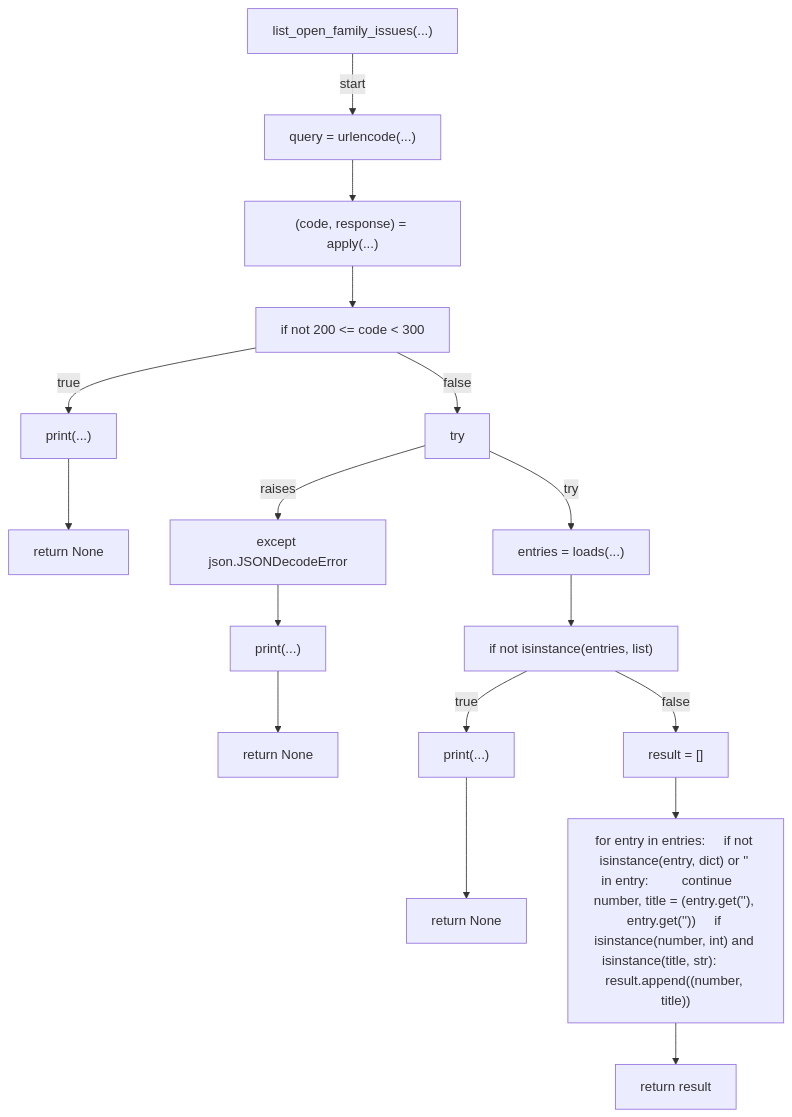
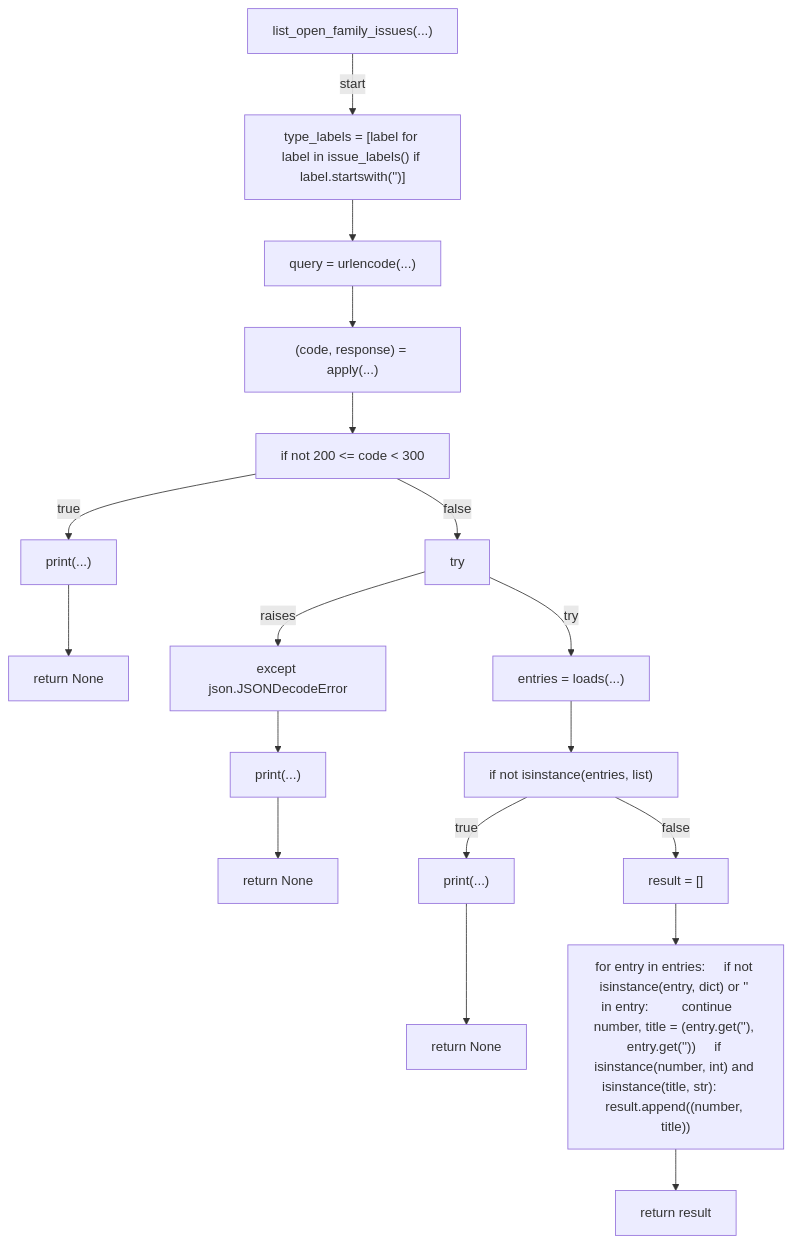
The fourth of 9 diagrams in docs/generated/scripts/ast/_security_drift_issues.md (tvna/claude-md), drawn with Mermaid before and after one commit. The commit also changed other lines of this file and 18 other files, not shown here.

First line of the commit message:
docs(generated): regenerate decision tree and workflow diagrams

````diff
--- a/docs/generated/scripts/ast/_security_drift_issues.md
+++ b/docs/generated/scripts/ast/_security_drift_issues.md
@@ -38,36 +38,38 @@
 ```mermaid
 flowchart TD
     N001["list_open_family_issues(...)"]
-    N002["query = urlencode(...)"]
-    N003["(code, response) = apply(...)"]
-    N004["if not 200 <= code < 300"]
-    N005["print(...)"]
-    N006["return None"]
-    N007["try"]
-    N008["entries = loads(...)"]
-    N009["except json.JSONDecodeError"]
-    N010["print(...)"]
-    N011["return None"]
-    N012["if not isinstance(entries, list)"]
-    N013["print(...)"]
-    N014["return None"]
-    N015["result = []"]
-    N016["for entry in entries:     if not isinstance(entry, dict) or '<str>' in entry:         continue     number, title = (entry.get('<str>'), entry.get('<str>'))     if isinstance(number, int) and isinstance(title, str):         result.append((number, title))"]
-    N017["return result"]
+    N002["type_labels = [label for label in issue_labels() if label.startswith('<str>')]"]
+    N003["query = urlencode(...)"]
+    N004["(code, response) = apply(...)"]
+    N005["if not 200 <= code < 300"]
+    N006["print(...)"]
+    N007["return None"]
+    N008["try"]
+    N009["entries = loads(...)"]
+    N010["except json.JSONDecodeError"]
+    N011["print(...)"]
+    N012["return None"]
+    N013["if not isinstance(entries, list)"]
+    N014["print(...)"]
+    N015["return None"]
+    N016["result = []"]
+    N017["for entry in entries:     if not isinstance(entry, dict) or '<str>' in entry:         continue     number, title = (entry.get('<str>'), entry.get('<str>'))     if isinstance(number, int) and isinstance(title, str):         result.append((number, title))"]
+    N018["return result"]
     N001 -->|"start"| N002
     N002 --> N003
     N003 --> N004
-    N004 -->|"true"| N005
-    N005 --> N006
-    N004 -->|"false"| N007
-    N007 -->|"try"| N008
-    N007 -->|"raises"| N009
-    N009 --> N010
+    N004 --> N005
+    N005 -->|"true"| N006
+    N006 --> N007
+    N005 -->|"false"| N008
+    N008 -->|"try"| N009
+    N008 -->|"raises"| N010
     N010 --> N011
-    N008 --> N012
-    N012 -->|"true"| N013
-    N013 --> N014
-    N012 -->|"false"| N015
-    N015 --> N016
+    N011 --> N012
+    N009 --> N013
+    N013 -->|"true"| N014
+    N014 --> N015
+    N013 -->|"false"| N016
     N016 --> N017
+    N017 --> N018
 ```
````
